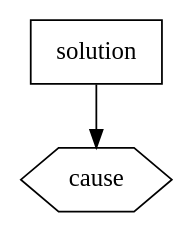
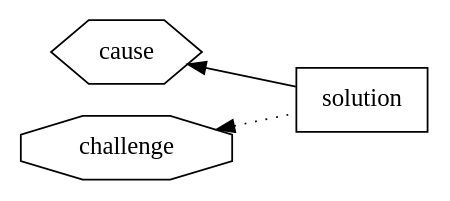
The fifth of 13 diagrams in Ethereum1x_definition.md (ledgerwatch/eth_state), drawn with Graphviz before and after one commit. The commit also changed other lines of this file, not shown here.

````diff
--- a/Ethereum1x_definition.md
+++ b/Ethereum1x_definition.md
@@ -47,7 +51,10 @@
 ```graphviz
 digraph solutions {
+rankdir=LR;
 solution [shape="box"];
 cause [shape="hexagon"];
-solution -> cause;
+challenge [shape="octagon"]
+cause -> solution [dir=back];
+challenge -> solution [dir=back style=dotted]
 }
 ```
````
